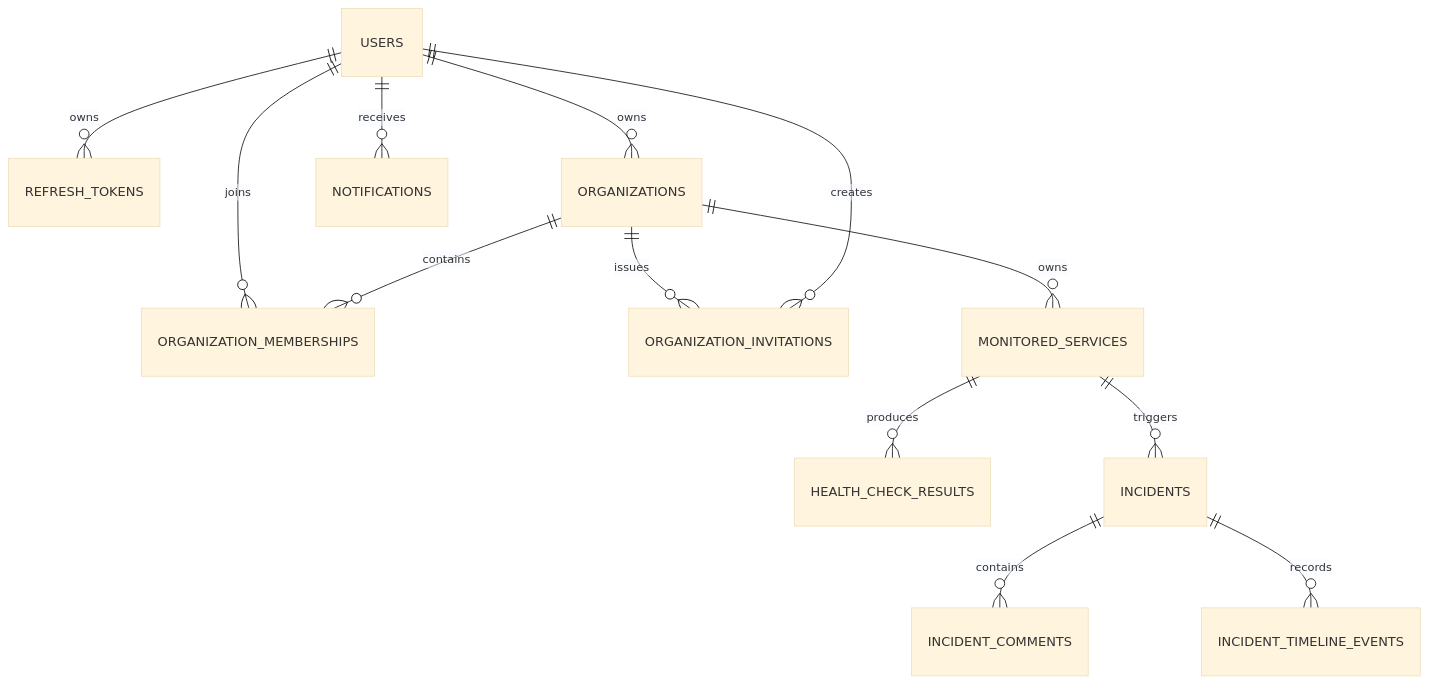
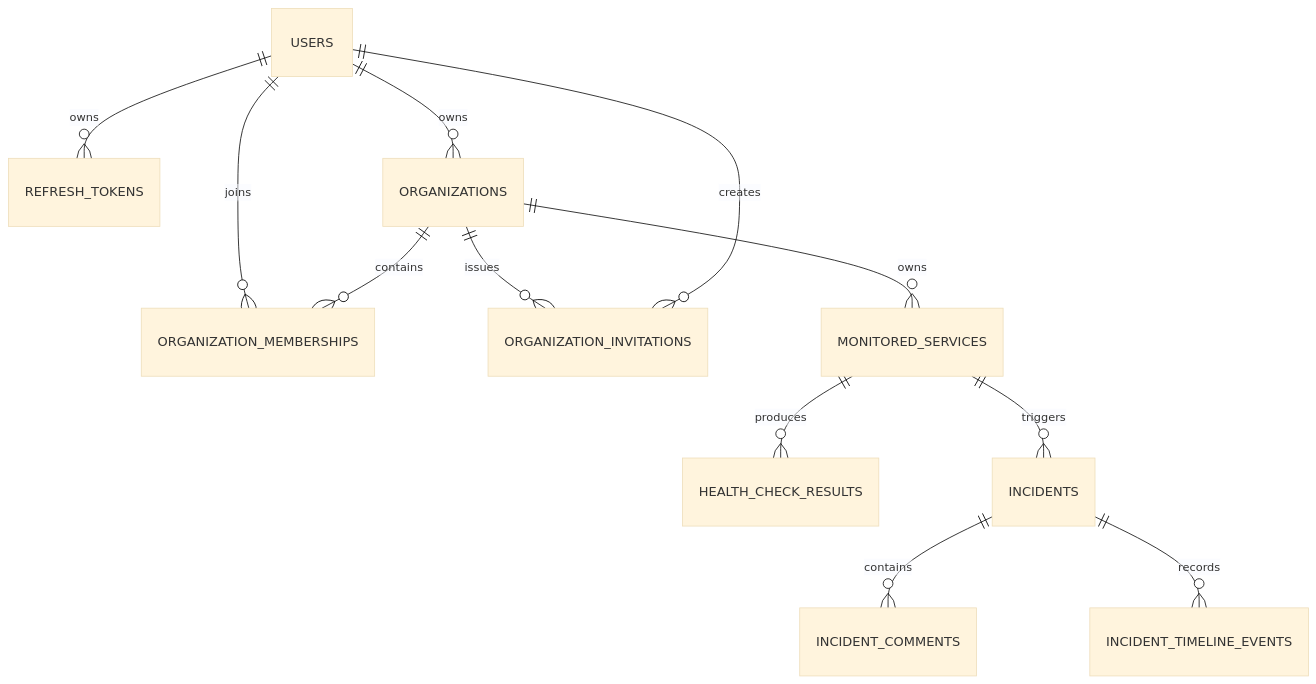
One commit to mahibnasif/pulseops changed the diagram in docs/database.md. Above: the diagram before and after it, drawn with Mermaid (base theme). The commit also changed 10 other files, not shown here.

````diff
--- a/docs/database.md
+++ b/docs/database.md
@@ -11,15 +11,14 @@
 ```mermaid
 erDiagram
     USERS ||--o{ REFRESH_TOKENS : owns
     USERS ||--o{ ORGANIZATION_MEMBERSHIPS : joins
     ORGANIZATIONS ||--o{ ORGANIZATION_MEMBERSHIPS : contains
     USERS ||--o{ ORGANIZATIONS : owns
     ORGANIZATIONS ||--o{ ORGANIZATION_INVITATIONS : issues
     USERS ||--o{ ORGANIZATION_INVITATIONS : creates
     ORGANIZATIONS ||--o{ MONITORED_SERVICES : owns
     MONITORED_SERVICES ||--o{ HEALTH_CHECK_RESULTS : produces
     MONITORED_SERVICES ||--o{ INCIDENTS : triggers
     INCIDENTS ||--o{ INCIDENT_COMMENTS : contains
     INCIDENTS ||--o{ INCIDENT_TIMELINE_EVENTS : records
-    USERS ||--o{ NOTIFICATIONS : receives
 ```
````
